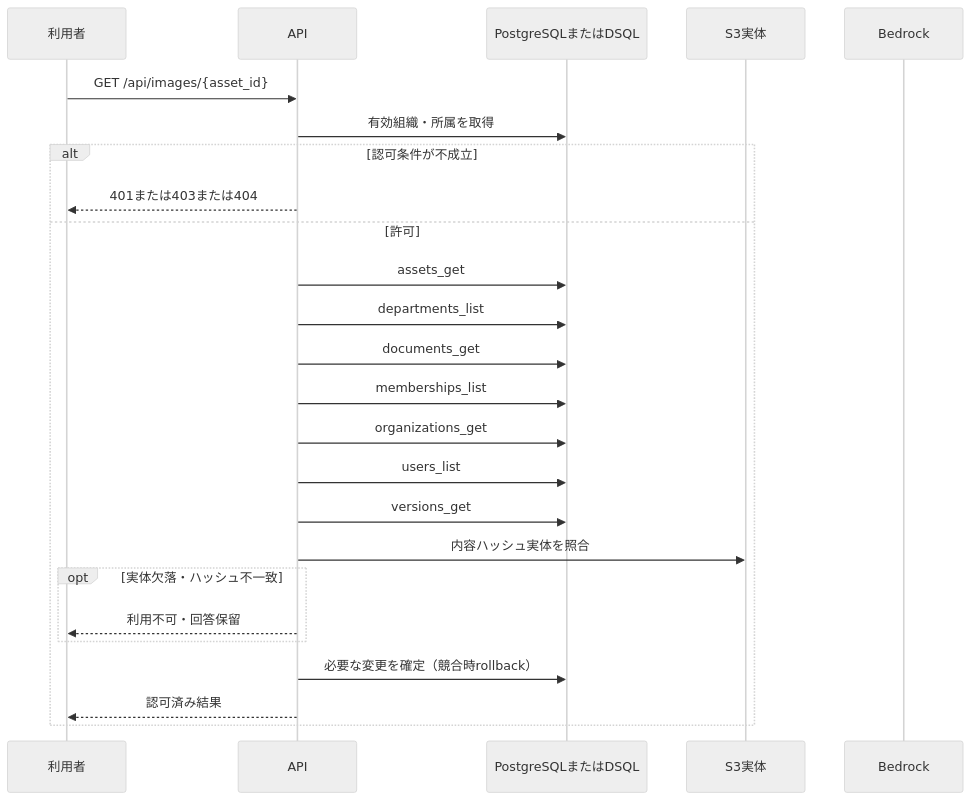
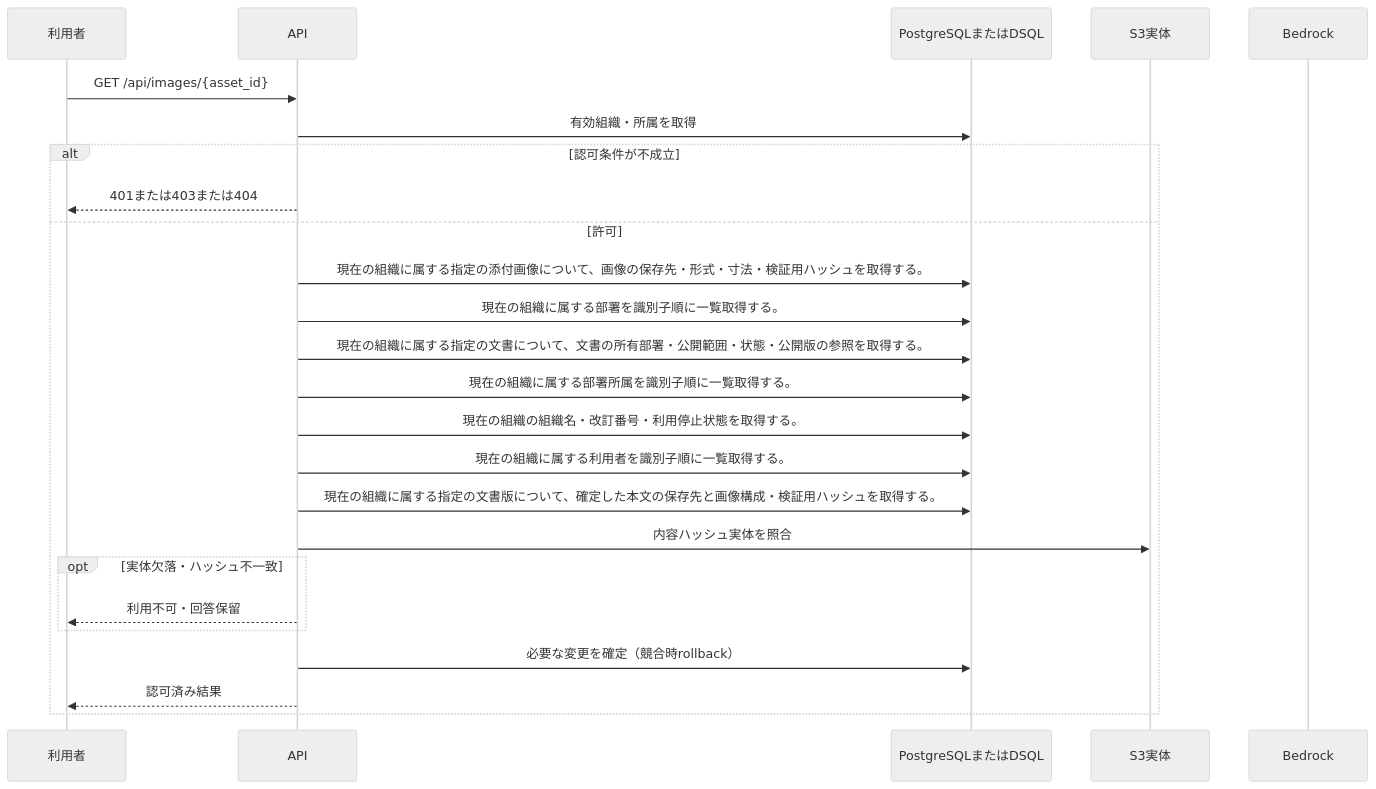
One commit to tsuji-tomonori/KotoRelay changed the diagram in docs/design/generated/api/images/get_image/sequence.md. Above: the diagram before and after it, drawn with Mermaid (neutral theme). The commit also changed other lines of this file and 286 other files, not shown here.

````diff
--- a/docs/design/generated/api/images/get_image/sequence.md
+++ b/docs/design/generated/api/images/get_image/sequence.md
@@ -7,27 +7,27 @@
 ```mermaid
 sequenceDiagram
     participant U as 利用者
     participant A as API
     participant D as PostgreSQLまたはDSQL
     participant S as S3実体
     participant M as Bedrock
     U->>A: GET /api/images/{asset_id}
     A->>D: 有効組織・所属を取得
     alt 認可条件が不成立
         A-->>U: 401または403または404
     else 許可
-        A->>D: assets_get
-        A->>D: departments_list
-        A->>D: documents_get
-        A->>D: memberships_list
-        A->>D: organizations_get
-        A->>D: users_list
-        A->>D: versions_get
+        A->>D: 現在の組織に属する指定の添付画像について、画像の保存先・形式・寸法・検証用ハッシュを取得する。
+        A->>D: 現在の組織に属する部署を識別子順に一覧取得する。
+        A->>D: 現在の組織に属する指定の文書について、文書の所有部署・公開範囲・状態・公開版の参照を取得する。
+        A->>D: 現在の組織に属する部署所属を識別子順に一覧取得する。
+        A->>D: 現在の組織の組織名・改訂番号・利用停止状態を取得する。
+        A->>D: 現在の組織に属する利用者を識別子順に一覧取得する。
+        A->>D: 現在の組織に属する指定の文書版について、確定した本文の保存先と画像構成・検証用ハッシュを取得する。
         A->>S: 内容ハッシュ実体を照合
         opt 実体欠落・ハッシュ不一致
             A-->>U: 利用不可・回答保留
         end
         A->>D: 必要な変更を確定（競合時rollback）
         A-->>U: 認可済み結果
     end
 ```
````
